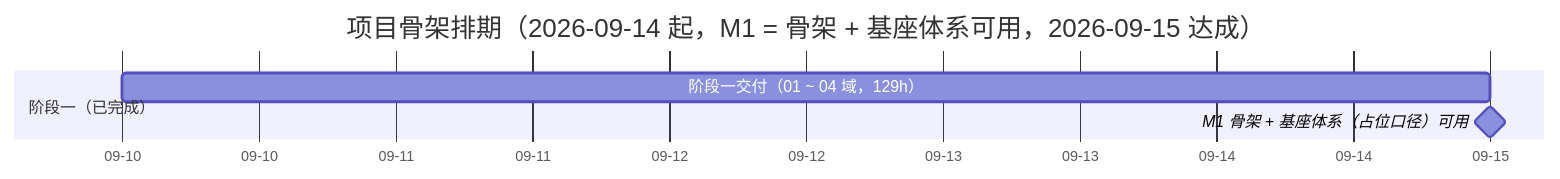
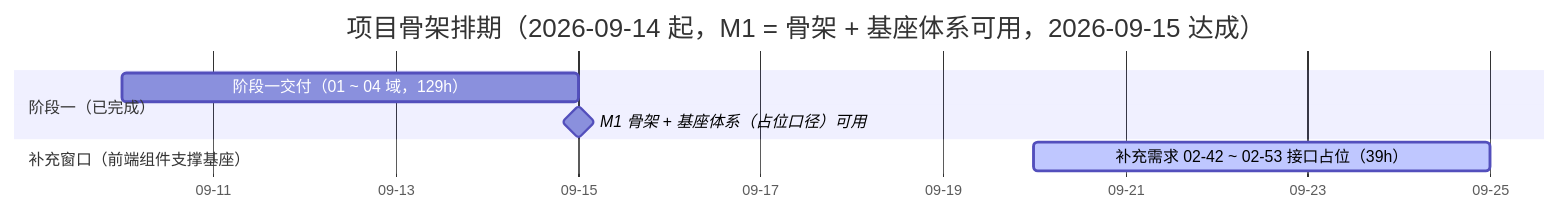
Before and after one commit to minjian123/basic-management-system: the diagram in bms文档/项目/01_项目骨架/计划/01_计划_项目骨架.md, drawn with Mermaid. The commit also changed other lines of this file and 80 other files, not shown here.

````diff
--- a/bms文档/项目/01_项目骨架/计划/01_计划_项目骨架.md
+++ b/bms文档/项目/01_项目骨架/计划/01_计划_项目骨架.md
@@ -118,9 +131,11 @@
 ```mermaid
 gantt
     title 项目骨架排期（2026-09-14 起，M1 = 骨架 + 基座体系可用，2026-09-15 达成）
     dateFormat  YYYY-MM-DD
     axisFormat %m-%d
     section 阶段一（已完成）
     阶段一交付（01 ~ 04 域，129h） :done1, 2026-09-10, 2026-09-15
     M1 骨架 + 基座体系（占位口径）可用 :milestone, m1, 2026-09-15, 0d
+    section 补充窗口（前端组件支撑基座）
+    补充需求 02-42 ~ 02-53 接口占位（39h） :active, supp, 2026-09-20, 5d
 ```
````
